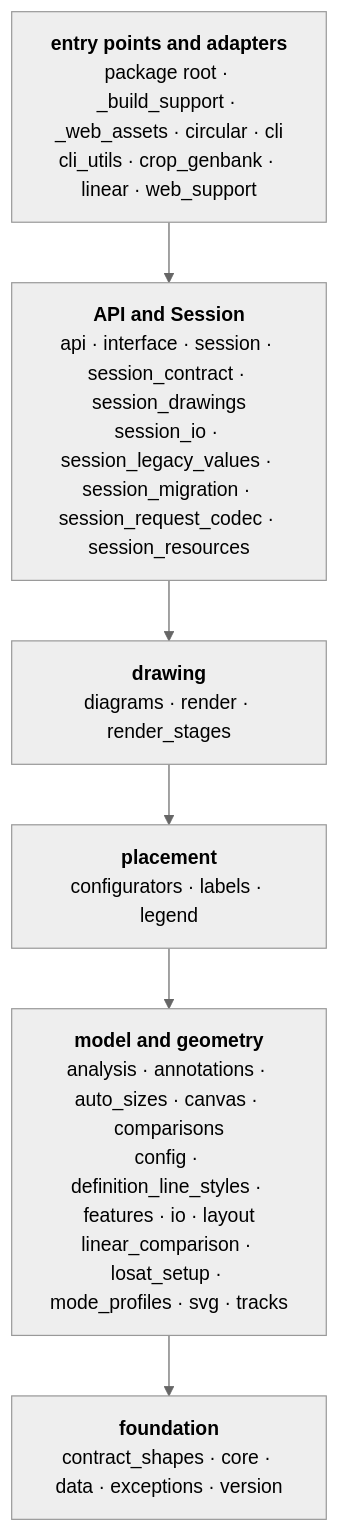
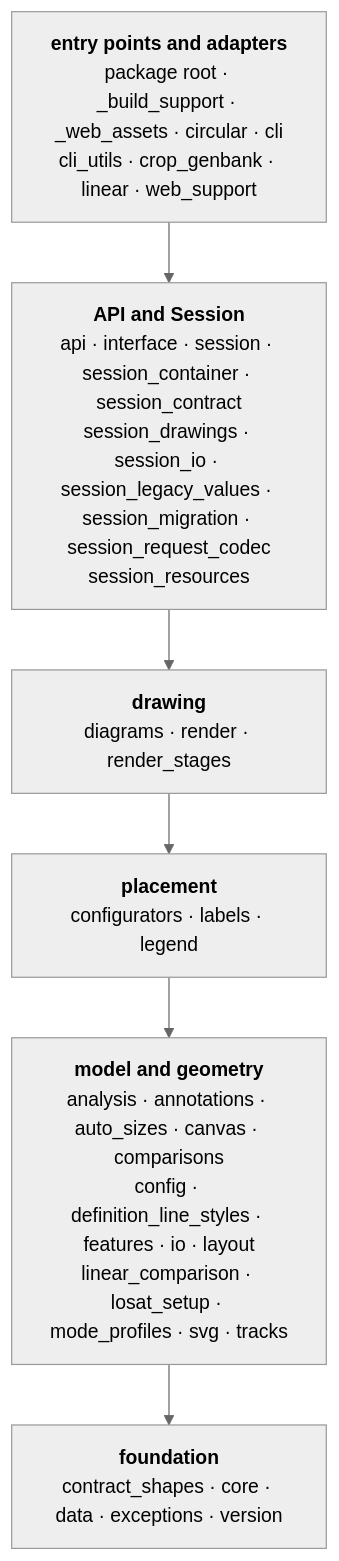
One commit to satoshikawato/gbdraw changed the second of 4 diagrams in docs/internal/ARCHITECTURE.md. Above: the diagram before and after it, drawn with Mermaid (neutral theme). The commit also changed 12 other files, not shown here.

First line of the commit message:
Add the Session file container owner and its shared vectors

````diff
--- a/docs/internal/ARCHITECTURE.md
+++ b/docs/internal/ARCHITECTURE.md
@@ -56,14 +56,14 @@
 ```mermaid
 flowchart TB
   L5["<b>entry points and adapters</b><br/>package root · _build_support · _web_assets · circular · cli<br/>cli_utils · crop_genbank · linear · web_support"]
-  L4["<b>API and Session</b><br/>api · interface · session · session_contract · session_drawings<br/>session_io · session_legacy_values · session_migration · session_request_codec · session_resources"]
+  L4["<b>API and Session</b><br/>api · interface · session · session_container · session_contract<br/>session_drawings · session_io · session_legacy_values · session_migration · session_request_codec<br/>session_resources"]
   L3["<b>drawing</b><br/>diagrams · render · render_stages"]
   L2["<b>placement</b><br/>configurators · labels · legend"]
   L1["<b>model and geometry</b><br/>analysis · annotations · auto_sizes · canvas · comparisons<br/>config · definition_line_styles · features · io · layout<br/>linear_comparison · losat_setup · mode_profiles · svg · tracks"]
   L0["<b>foundation</b><br/>contract_shapes · core · data · exceptions · version"]
   L5 --> L4
   L4 --> L3
   L3 --> L2
   L2 --> L1
   L1 --> L0
 ```
````
